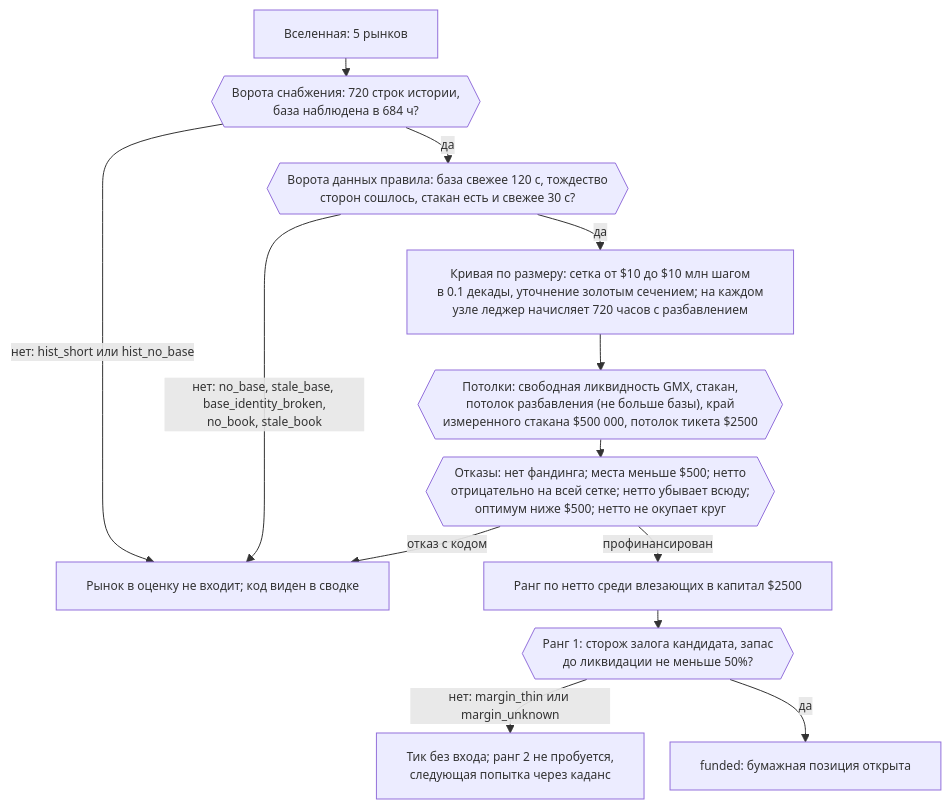
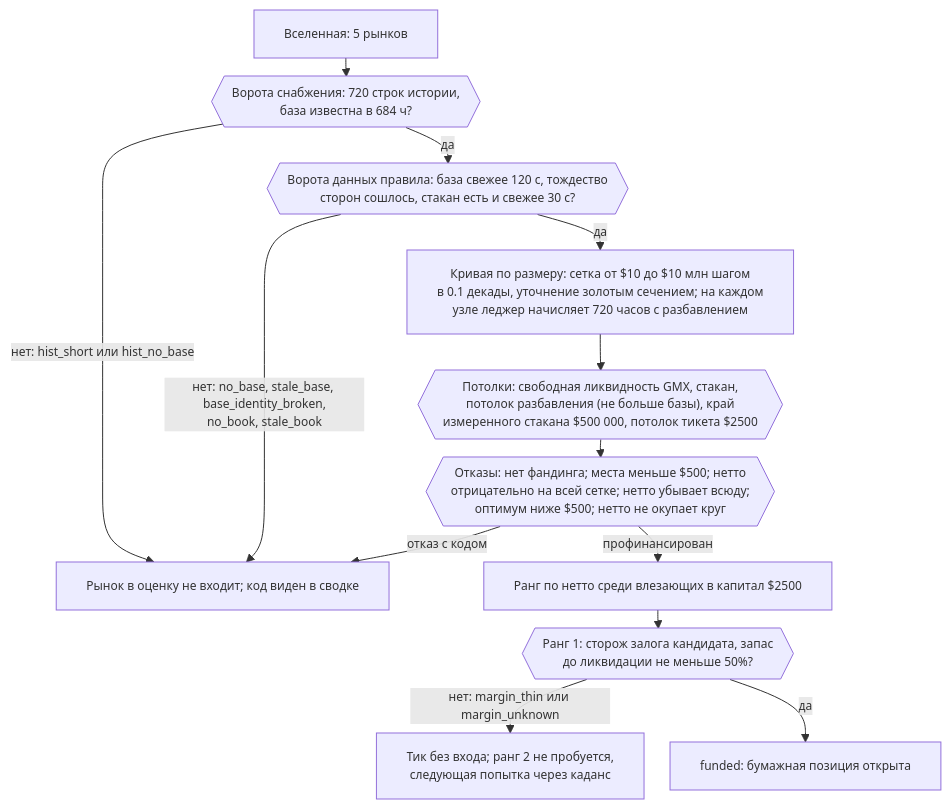
One commit to hamiltonalex/botLab changed the third of 6 diagrams in botLab-desktop/docs/bot1-funding-arb-how-it-works.ru.md. Above: the diagram before and after it, drawn with Mermaid. The commit also changed other lines of this file and 19 other files, not shown here.

````diff
--- a/botLab-desktop/docs/bot1-funding-arb-how-it-works.ru.md
+++ b/botLab-desktop/docs/bot1-funding-arb-how-it-works.ru.md
@@ -196,16 +218,16 @@
 ```mermaid
 %%{init: {"themeVariables": {"fontSize": "12px"}, "flowchart": {"nodeSpacing": 26, "rankSpacing": 18, "diagramPadding": 4, "wrappingWidth": 380}}}%%
 flowchart TD
-    A["Вселенная: 5 рынков"] --> B{{"Ворота снабжения: 720 строк истории,<br/>база наблюдена в 684 ч?"}}
+    A["Вселенная: 5 рынков"] --> B{{"Ворота снабжения: 720 строк истории,<br/>база известна в 684 ч?"}}
     B -- "нет: hist_short или hist_no_base" --> X["Рынок в оценку не входит; код виден в сводке"]
     B -- "да" --> C{{"Ворота данных правила: база свежее 120 с, тождество<br/>сторон сошлось, стакан есть и свежее 30 с?"}}
     C -- "нет: no_base, stale_base, base_identity_broken,<br/>no_book, stale_book" --> X
     C -- "да" --> D["Кривая по размеру: сетка от $10 до $10 млн шагом<br/>в 0.1 декады, уточнение золотым сечением; на каждом<br/>узле леджер начисляет 720 часов с разбавлением"]
     D --> E{{"Потолки: свободная ликвидность GMX, стакан,<br/>потолок разбавления (не больше базы), край<br/>измеренного стакана $500 000, потолок тикета $2500"}}
     E --> F{{"Отказы: нет фандинга; места меньше $500; нетто<br/>отрицательно на всей сетке; нетто убывает всюду;<br/>оптимум ниже $500; нетто не окупает круг"}}
     F -- "отказ с кодом" --> X
     F -- "профинансирован" --> G["Ранг по нетто среди влезающих в капитал $2500"]
     G --> H{{"Ранг 1: сторож залога кандидата, запас<br/>до ликвидации не меньше 50%?"}}
     H -- "нет: margin_thin или margin_unknown" --> Y["Тик без входа; ранг 2 не пробуется,<br/>следующая попытка через каданс"]
     H -- "да" --> I["funded: бумажная позиция открыта"]
 ```
````
